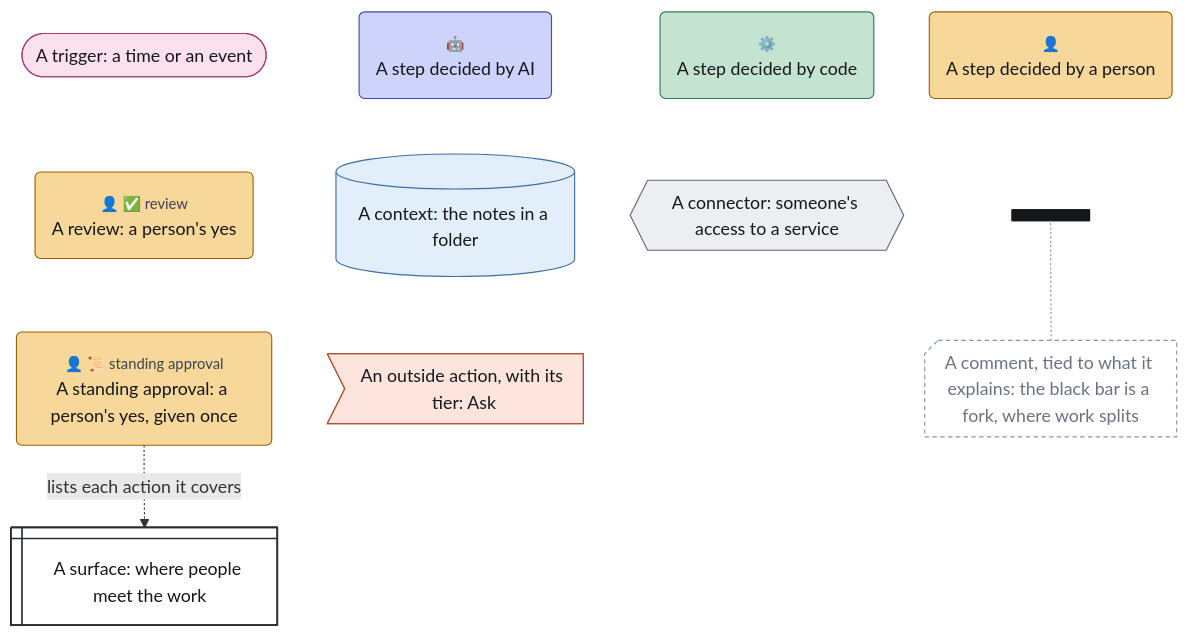
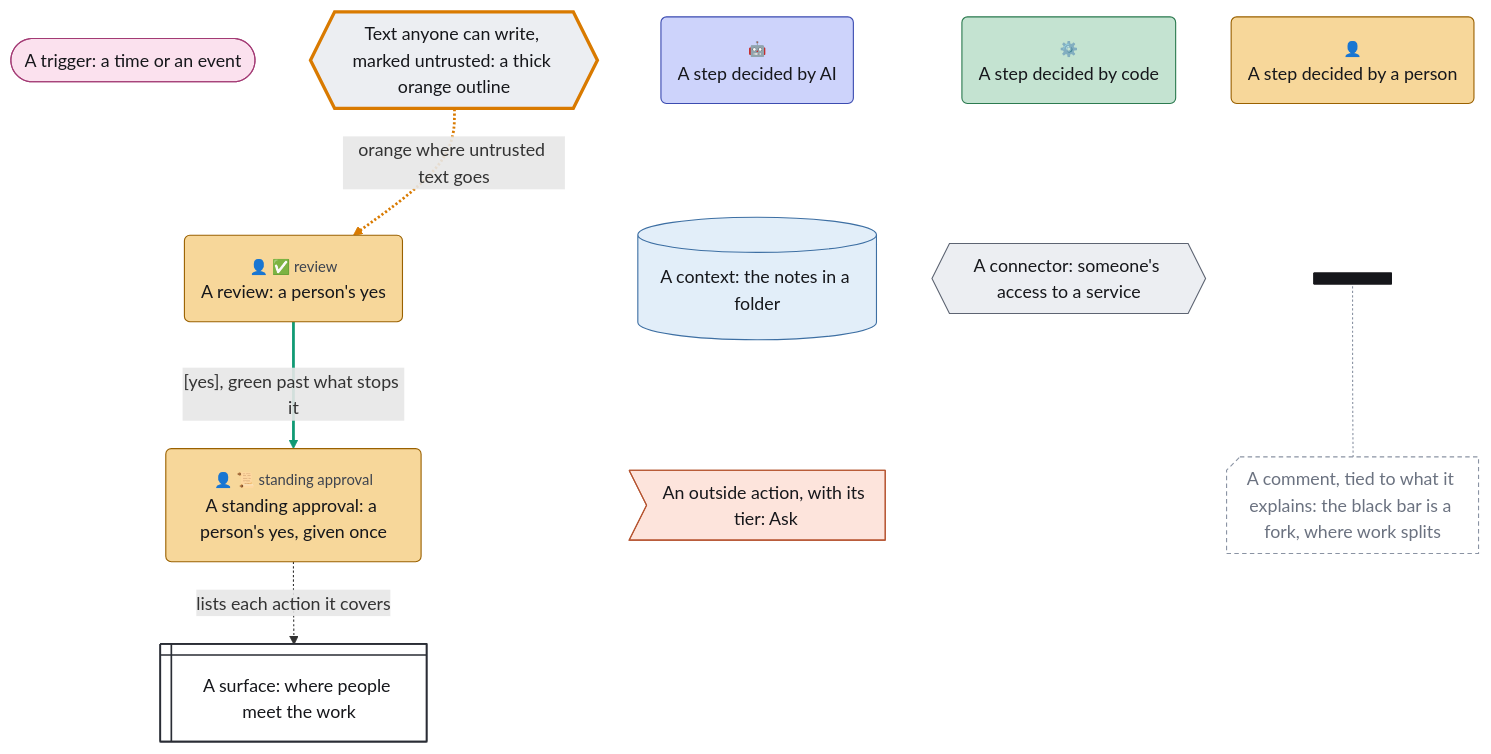
One commit to chrismdp/awml changed the diagram in examples/legend.mmd. Above: the diagram before and after it, drawn with Mermaid. The commit also changed 51 other files, not shown here.

Commit message:
Draw untrusted text's path and fail on text nobody accepted (#164)

```diff
--- a/examples/legend.mmd
+++ b/examples/legend.mmd
@@ -1,53 +1,60 @@
 ---
 config:
   theme: default
   fontFamily: Inter, sans-serif
   flowchart:
     useMaxWidth: false
     subGraphTitleMargin:
       top: 6
       bottom: 30
 ---
 flowchart TB
   trigger(["A trigger#58; a time or an event"])
   ai("<small style='color:rgb(61,67,79)'>🤖</small><br>A step decided by AI")
   code("<small style='color:rgb(61,67,79)'>⚙️</small><br>A step decided by code")
   person("<small style='color:rgb(61,67,79)'>👤</small><br>A step decided by a person")
   review("<small style='color:rgb(61,67,79)'>👤 ✅ review</small><br>A review#58; a person#39;s yes")
   approval("<small style='color:rgb(61,67,79)'>👤 📜 standing approval</small><br>A standing approval#58; a person#39;s yes#44; given once")
   context[("A context#58; the notes in a folder")]
   connector{{"A connector#58; someone#39;s access to a service"}}
+  strangers{{"Text anyone can write#44; marked untrusted#58; a thick orange outline"}}
   fork@{ shape: fork, label: "" }
   surface@{ shape: win-pane, label: "A surface#58; where people meet the work" }
   outside>"An outside action#44; with its tier#58; Ask"]
   comment@{ shape: notch-rect, label: "A comment#44; tied to what it explains#58; the black bar is a fork#44; where work splits" }
 
   trigger ~~~ review
-  review ~~~ approval
+  strangers -.->|"orange where untrusted text goes"| review
+  review -->|"#91;yes#93;#44; green past what stops it"| approval
   approval -.->|"lists each action it covers"| surface
   ai ~~~ context
   context ~~~ outside
   code ~~~ connector
   person ~~~ fork
   fork -.- comment
   classDef trig fill:#fbe1ee,stroke:#a33a74,color:#16171b
   classDef ctx fill:#e2eef9,stroke:#3d6fa3,color:#16171b
   classDef con fill:#eceef2,stroke:#5d6472,color:#16171b
   classDef surf fill:#ffffff,stroke:#2a2d35,stroke-width:1.5px,color:#16171b
   classDef out fill:#fde4dc,stroke:#b5532f,color:#16171b
   classDef ai fill:#cdd3fb,stroke:#3b4bb0,color:#16171b
   classDef code fill:#c4e3d1,stroke:#2b7a4f,color:#16171b
   classDef person fill:#f7d79a,stroke:#9a6100,color:#16171b
   classDef uml fill:#16171b,stroke:#16171b,color:#16171b
   classDef gap fill:#ffffff,stroke:#8a93a3,stroke-dasharray:4 3,color:#6b7280
+  classDef untrusted stroke:#d97a00,stroke-width:3px
+  classDef unstopped stroke:#d0342c,stroke-width:3px
   class trigger trig
   class context ctx
-  class connector con
+  class connector,strangers con
   class surface surf
   class outside out
   class ai ai
   class code code
   class person,review,approval person
   class fork uml
   class comment gap
-  linkStyle 7 stroke:#8a93a3
+  class strangers untrusted
+  linkStyle 1 stroke:#d97a00,stroke-width:2.5px
+  linkStyle 2 stroke:#109a74,stroke-width:2.5px
+  linkStyle 8 stroke:#8a93a3
```
